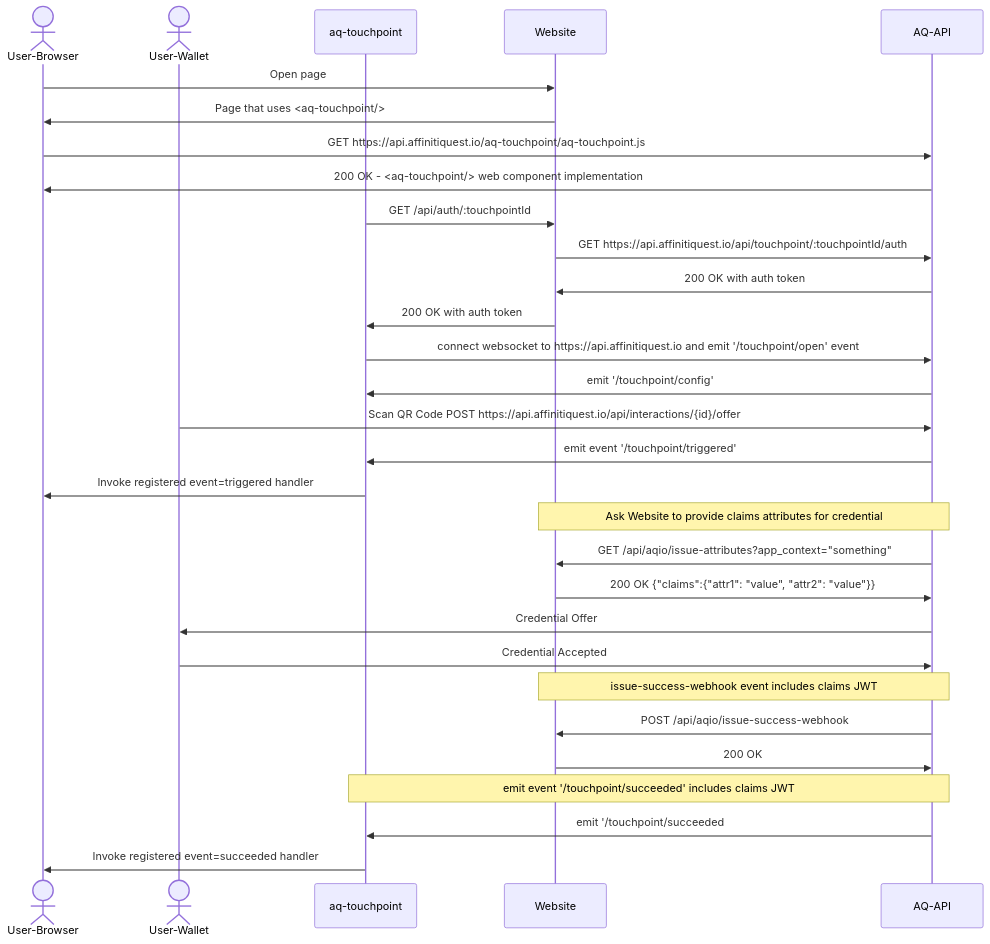
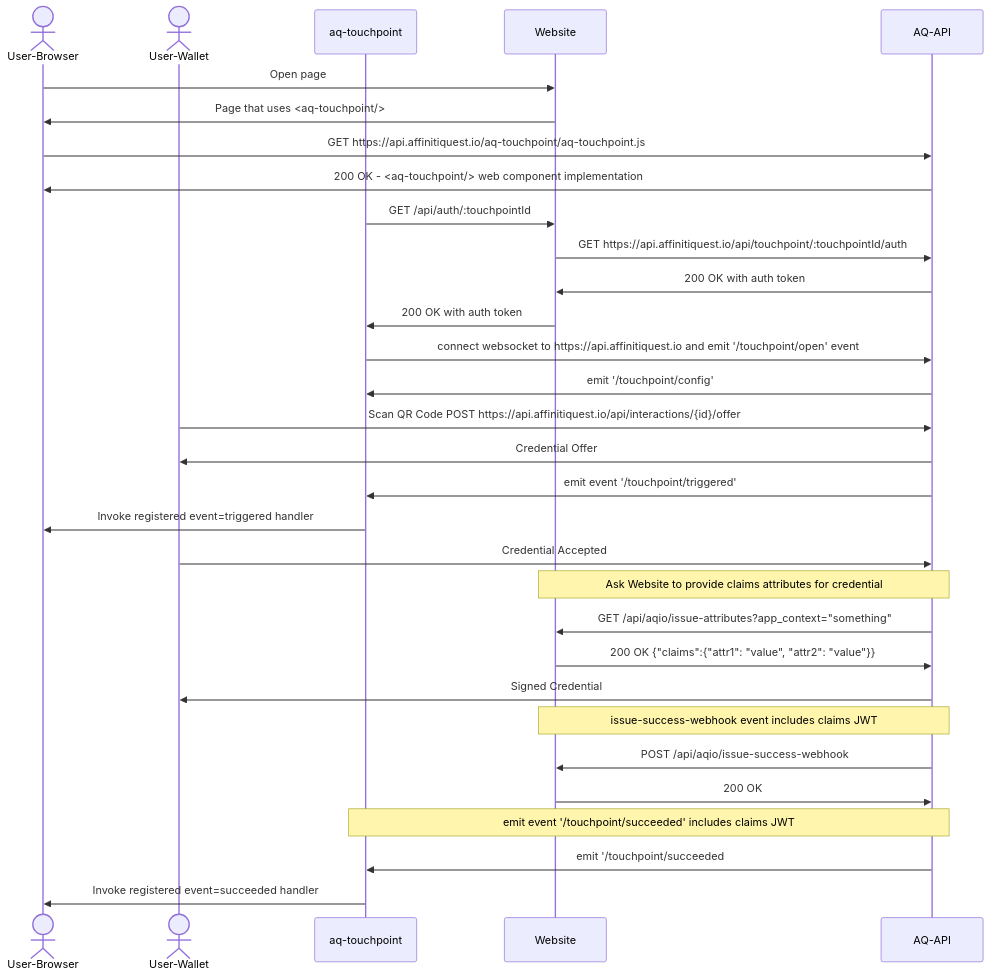
The first of 2 diagrams in README.md (AffinitiQuest/aq-touchpoint-samples), drawn with Mermaid before and after one commit.

Commit message:
Take another crack at the issuance flow sequence diagram.

````diff
--- a/README.md
+++ b/README.md
@@ -455,33 +455,34 @@
 ```mermaid
  sequenceDiagram
     actor User-Browser
     actor User-Wallet
     participant aq-touchpoint
     participant Website
     participant AQ-API
 
     User-Browser ->> Website : Open page
     Website ->> User-Browser : Page that uses <aq-touchpoint/>
     User-Browser ->> AQ-API : GET https://api.affinitiquest.io/aq-touchpoint/aq-touchpoint.js
     AQ-API ->> User-Browser : 200 OK - <aq-touchpoint/> web component implementation
     aq-touchpoint ->> Website : GET /api/auth/:touchpointId
     Website ->> AQ-API : GET https://api.affinitiquest.io/api/touchpoint/:touchpointId/auth
     AQ-API ->> Website: 200 OK with auth token
     Website ->> aq-touchpoint : 200 OK with auth token
     aq-touchpoint ->> AQ-API: connect websocket to https://api.affinitiquest.io and emit '/touchpoint/open' event
     AQ-API ->> aq-touchpoint: emit '/touchpoint/config'
     User-Wallet ->> AQ-API : Scan QR Code POST https://api.affinitiquest.io/api/interactions/{id}/offer
+    AQ-API ->> User-Wallet : Credential Offer
     AQ-API ->> aq-touchpoint: emit event '/touchpoint/triggered'
     aq-touchpoint ->> User-Browser: Invoke registered event=triggered handler
+    User-Wallet ->> AQ-API : Credential Accepted
     Note over AQ-API,Website: Ask Website to provide claims attributes for credential
     AQ-API ->> Website: GET /api/aqio/issue-attributes?app_context="something"
     Website ->> AQ-API: 200 OK {"claims":{"attr1": "value", "attr2": "value"}}
-    AQ-API ->> User-Wallet : Credential Offer
-    User-Wallet ->> AQ-API : Credential Accepted
+    AQ-API ->> User-Wallet: Signed Credential
     Note over AQ-API,Website: issue-success-webhook event includes claims JWT
     AQ-API ->> Website: POST /api/aqio/issue-success-webhook
     Website ->> AQ-API: 200 OK
     Note over AQ-API,aq-touchpoint: emit event '/touchpoint/succeeded' includes claims JWT
     AQ-API ->> aq-touchpoint: emit '/touchpoint/succeeded
     aq-touchpoint ->> User-Browser: Invoke registered event=succeeded handler
 ```
````
